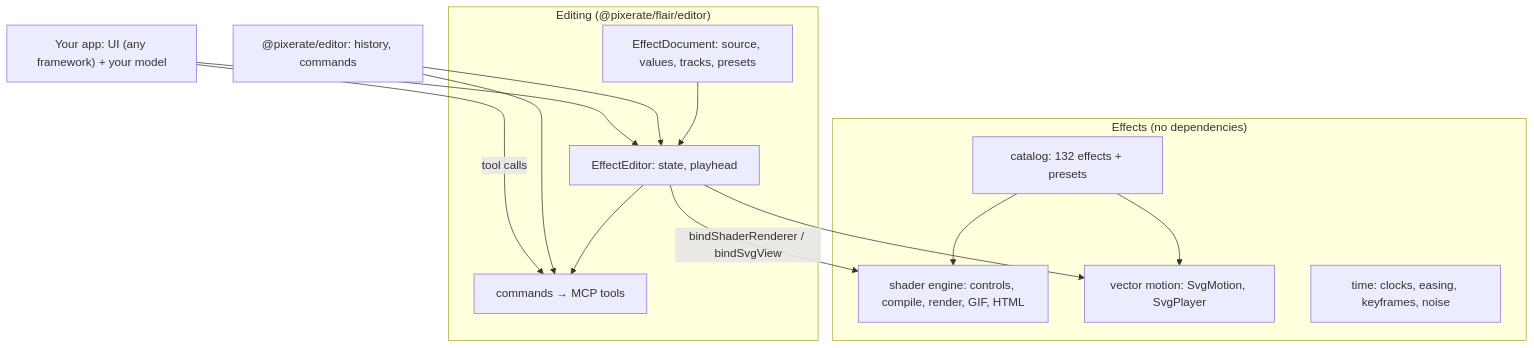
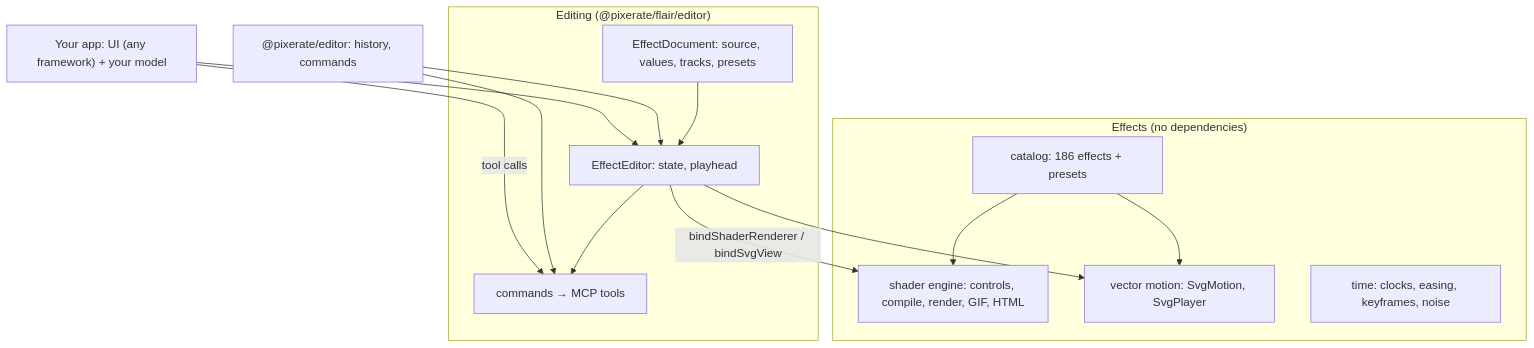
The diagram in README.md (Pixerate/flair), drawn with Mermaid before and after one commit. The commit also changed other lines of this file and 14 other files, not shown here.

First line of the commit message:
feat(catalog): pyrotechnics, timewarp, melt, electric and pixel effects (#15)

````diff
--- a/README.md
+++ b/README.md
@@ -56,27 +56,27 @@
 ```mermaid
 graph TD
   subgraph Effects["Effects (no dependencies)"]
-    Catalog["catalog: 132 effects + presets"]
+    Catalog["catalog: 186 effects + presets"]
     Shader["shader engine: controls, compile, render, GIF, HTML"]
     Vector["vector motion: SvgMotion, SvgPlayer"]
     Time["time: clocks, easing, keyframes, noise"]
   end
   subgraph Editing["Editing (@pixerate/flair/editor)"]
     Doc["EffectDocument: source, values, tracks, presets"]
     Editor["EffectEditor: state, playhead"]
     Cmds["commands → MCP tools"]
   end
   PE["@pixerate/editor: history, commands"]
   Host["Your app: UI (any framework) + your model"]
 
   Catalog --> Shader
   Catalog --> Vector
   Doc --> Editor
   Editor --> Cmds
   PE --> Editor
   PE --> Cmds
   Editor -- bindShaderRenderer / bindSvgView --> Shader
   Editor --> Vector
   Host --> Editor
   Host -- tool calls --> Cmds
 ```
````
